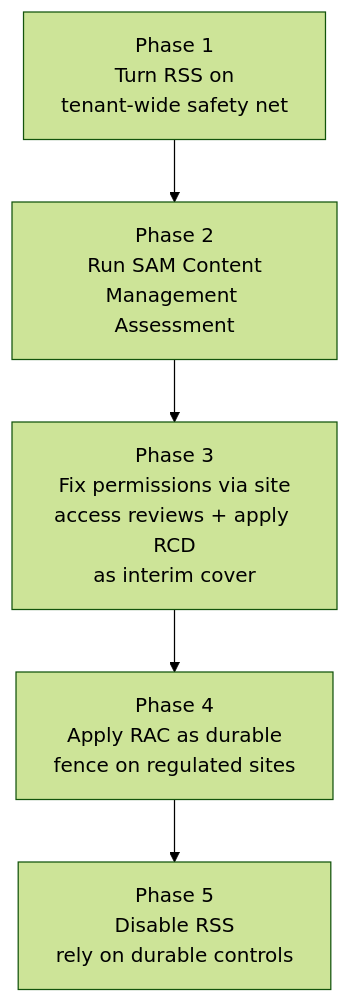
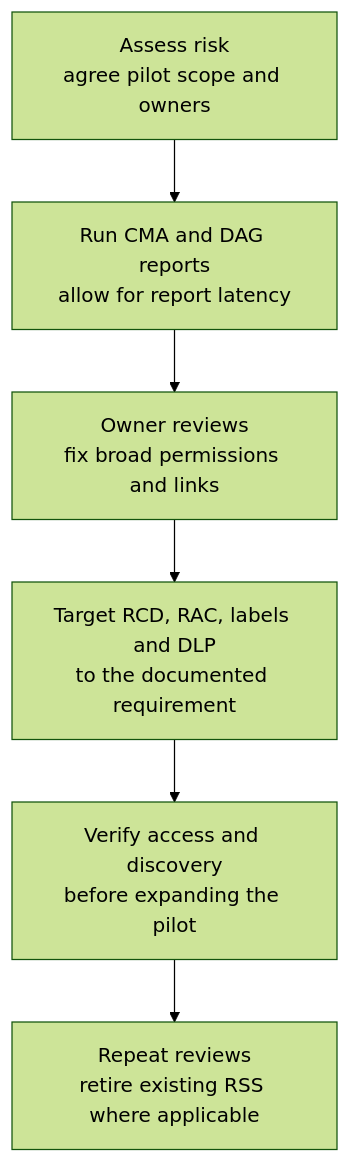
One commit to susanthgit/aguidetocloud-revamp changed the diagram in content/blog/sharepoint-oversharing-controls-microsoft-365-copilot.md. Above: the diagram before and after it, drawn with Mermaid (forest theme). The commit also changed other lines of this file and 3 other files, not shown here.

````diff
--- a/content/blog/sharepoint-oversharing-controls-microsoft-365-copilot.md
+++ b/content/blog/sharepoint-oversharing-controls-microsoft-365-copilot.md
@@ -437,7 +433,8 @@
 ```mermaid
 flowchart TD
-    A[Phase 1<br/>Turn RSS on<br/>tenant-wide safety net] --> B[Phase 2<br/>Run SAM Content<br/>Management Assessment]
-    B --> C[Phase 3<br/>Fix permissions via site<br/>access reviews + apply RCD<br/>as interim cover]
-    C --> D[Phase 4<br/>Apply RAC as durable<br/>fence on regulated sites]
-    D --> E[Phase 5<br/>Disable RSS<br/>rely on durable controls]
+    A["Assess risk<br/>agree pilot scope and owners"] --> B["Run CMA and DAG reports<br/>allow for report latency"]
+    B --> C["Owner reviews<br/>fix broad permissions and links"]
+    C --> D["Target RCD, RAC, labels and DLP<br/>to the documented requirement"]
+    D --> E["Verify access and discovery<br/>before expanding the pilot"]
+    E --> F["Repeat reviews<br/>retire existing RSS where applicable"]
 ```
````
